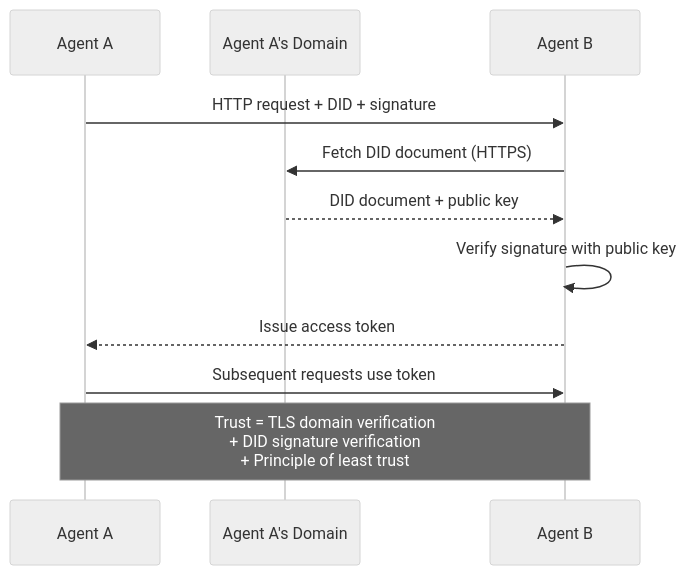
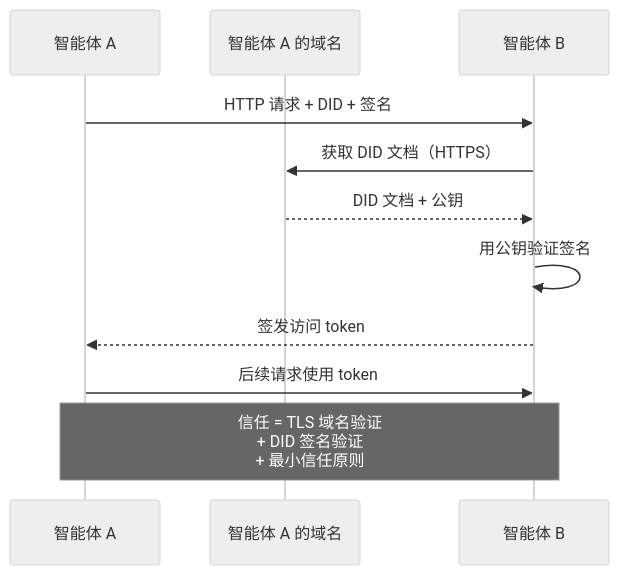
Before and after one commit to husky1102/ai-engineering-from-scratch-zh: the ninth of 13 diagrams in phases/16-multi-agent-and-swarms/03-communication-protocols/docs/zh-CN.md, drawn with Mermaid (neutral theme). The commit also changed other lines of this file and 1 other file, not shown here.

````diff
--- a/phases/16-multi-agent-and-swarms/03-communication-protocols/docs/zh-CN.md
+++ b/phases/16-multi-agent-and-swarms/03-communication-protocols/docs/zh-CN.md
@@ -504,14 +504,14 @@
 ```mermaid
 sequenceDiagram
-    participant A as Agent A
-    participant Domain as Agent A's Domain
-    participant B as Agent B
+    participant A as 智能体 A
+    participant Domain as 智能体 A 的域名
+    participant B as 智能体 B
 
-    A->>B: HTTP request + DID + signature
-    B->>Domain: Fetch DID document (HTTPS)
-    Domain-->>B: DID document + public key
-    B->>B: Verify signature with public key
-    B-->>A: Issue access token
-    A->>B: Subsequent requests use token
-    Note over A,B: Trust = TLS domain verification<br/>+ DID signature verification<br/>+ Principle of least trust
+    A->>B: HTTP 请求 + DID + 签名
+    B->>Domain: 获取 DID 文档（HTTPS）
+    Domain-->>B: DID 文档 + 公钥
+    B->>B: 用公钥验证签名
+    B-->>A: 签发访问 token
+    A->>B: 后续请求使用 token
+    Note over A,B: 信任 = TLS 域名验证<br/>+ DID 签名验证<br/>+ 最小信任原则
 ```
````
